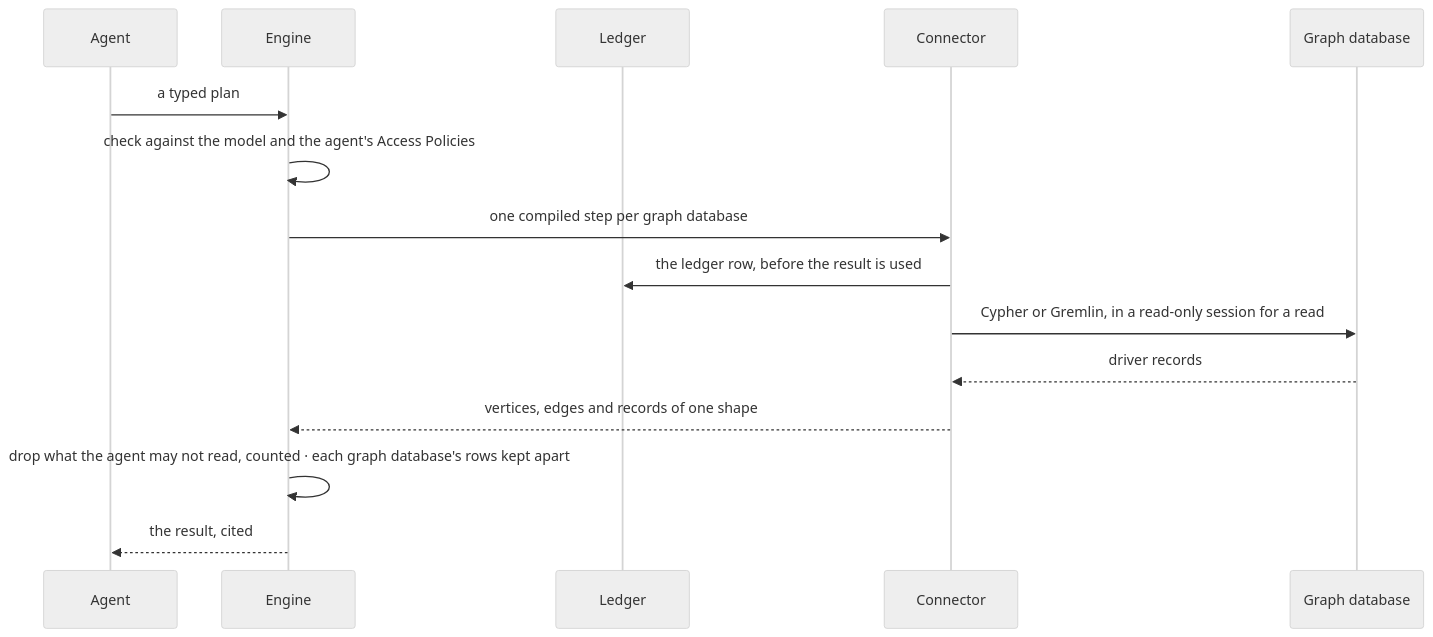
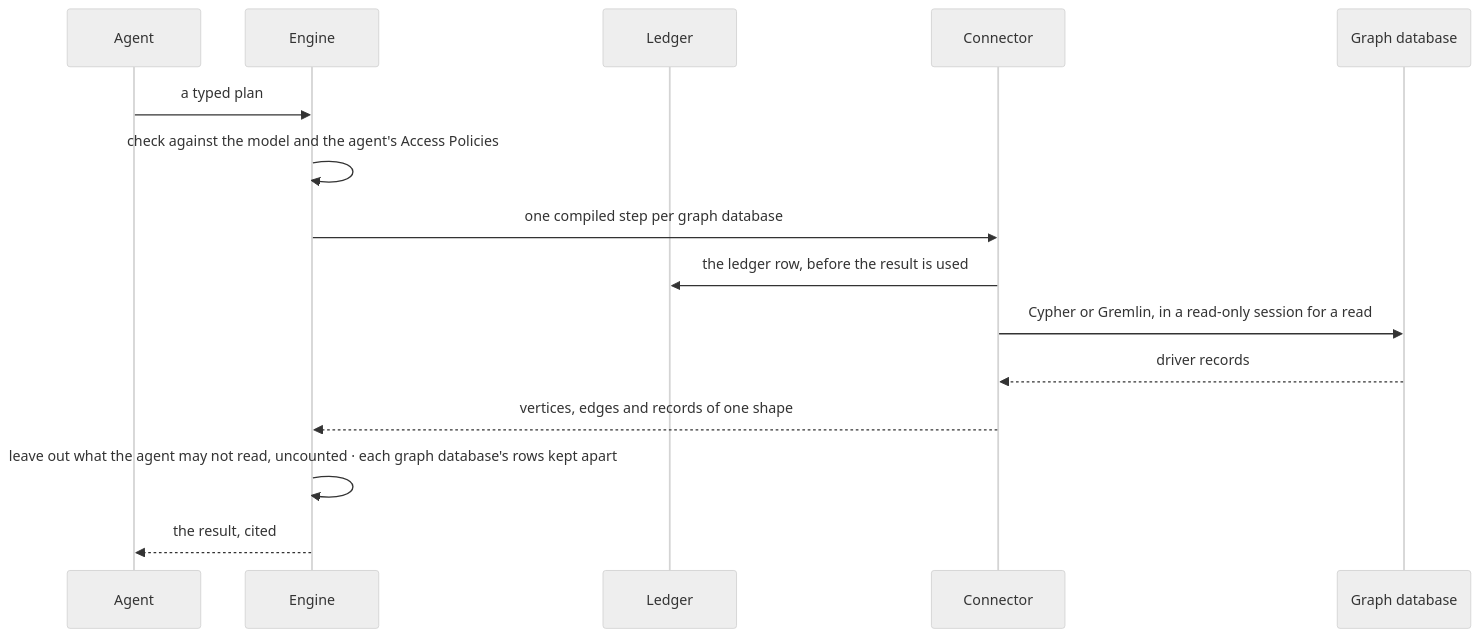
The second of 2 diagrams in specs/os/graph/features/GP-F01-data/feature.md (invana/invana), drawn with Mermaid (neutral theme) before and after one commit. The commit also changed other lines of this file and 69 other files, not shown here.

````diff
--- a/specs/os/graph/features/GP-F01-data/feature.md
+++ b/specs/os/graph/features/GP-F01-data/feature.md
@@ -47,17 +47,17 @@
 ```mermaid
 sequenceDiagram
   participant A as Agent
   participant E as Engine
   participant L as Ledger
   participant C as Connector
   participant G as Graph database
   A->>E: a typed plan
   E->>E: check against the model and the agent's Access Policies
   E->>C: one compiled step per graph database
   C->>L: the ledger row, before the result is used
   C->>G: Cypher or Gremlin, in a read-only session for a read
   G-->>C: driver records
   C-->>E: vertices, edges and records of one shape
-  E->>E: drop what the agent may not read, counted · each graph database's rows kept apart
+  E->>E: leave out what the agent may not read, uncounted · each graph database's rows kept apart
   E-->>A: the result, cited
 ```
````
